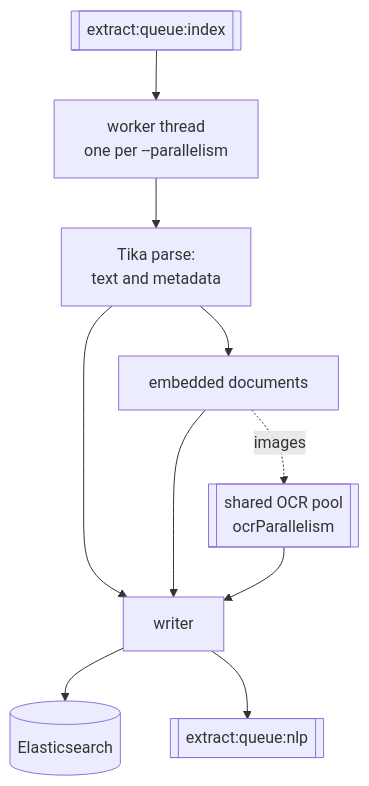
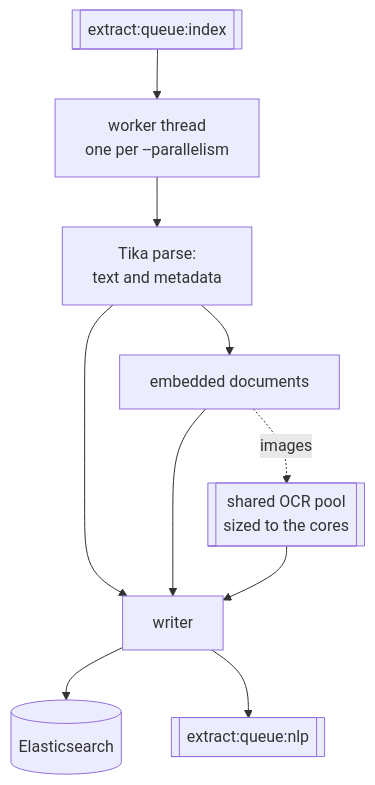
Before and after one commit to ICIJ/datashare-docs: the diagram in concepts/cli-stages/index.md, drawn with Mermaid. The commit also changed other lines of this file, not shown here.

Commit message:
fix(cli-stages): describe the OCR pool as fixed in the INDEX diagram

````diff
--- a/concepts/cli-stages/index.md
+++ b/concepts/cli-stages/index.md
@@ -67,12 +67,12 @@
 ```mermaid
 flowchart TD
     Q[["extract:queue:index"]] --> W["worker thread<br/>one per --parallelism"]
     W --> T["Tika parse:<br/>text and metadata"]
     T --> EM["embedded documents"]
-    EM -. "images" .-> OCR[["shared OCR pool<br/>ocrParallelism"]]
+    EM -. "images" .-> OCR[["shared OCR pool<br/>sized to the cores"]]
     T --> S["writer"]
     EM --> S
     OCR --> S
     S --> ES[("Elasticsearch")]
     S --> NQ[["extract:queue:nlp"]]
 ```
````
